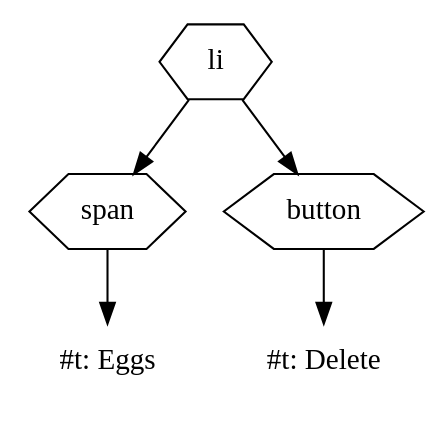
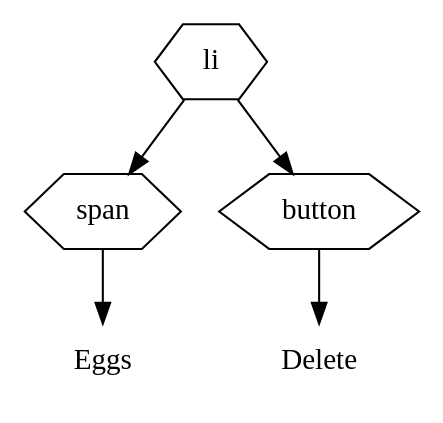
The first of 4 diagrams in courseware/week2/shopping/shopping.org (nikclayton/web-courseware), drawn with Graphviz before and after one commit. The commit also changed other lines of this file, not shown here.

Commit message:
Remove "#t: " from DOM graphs.

```diff
--- a/courseware/week2/shopping/shopping.org
+++ b/courseware/week2/shopping/shopping.org
@@ -697,13 +697,13 @@
 #+BEGIN_SRC dot :file list-item-graph.svg :cmdline -Tsvg -Gstylesheet=../../graphviz.css
 digraph G {
   node [shape="hexagon"];
 
   li -> span
   li -> button
 
   span -> span_content;
-  span_content [label="#t: Eggs" shape=none];
+  span_content [label="Eggs" shape=none];
   button -> button_content;
-  button_content [label="#t: Delete" shape=none];
+  button_content [label="Delete" shape=none];
 }
 #+END_SRC
```
